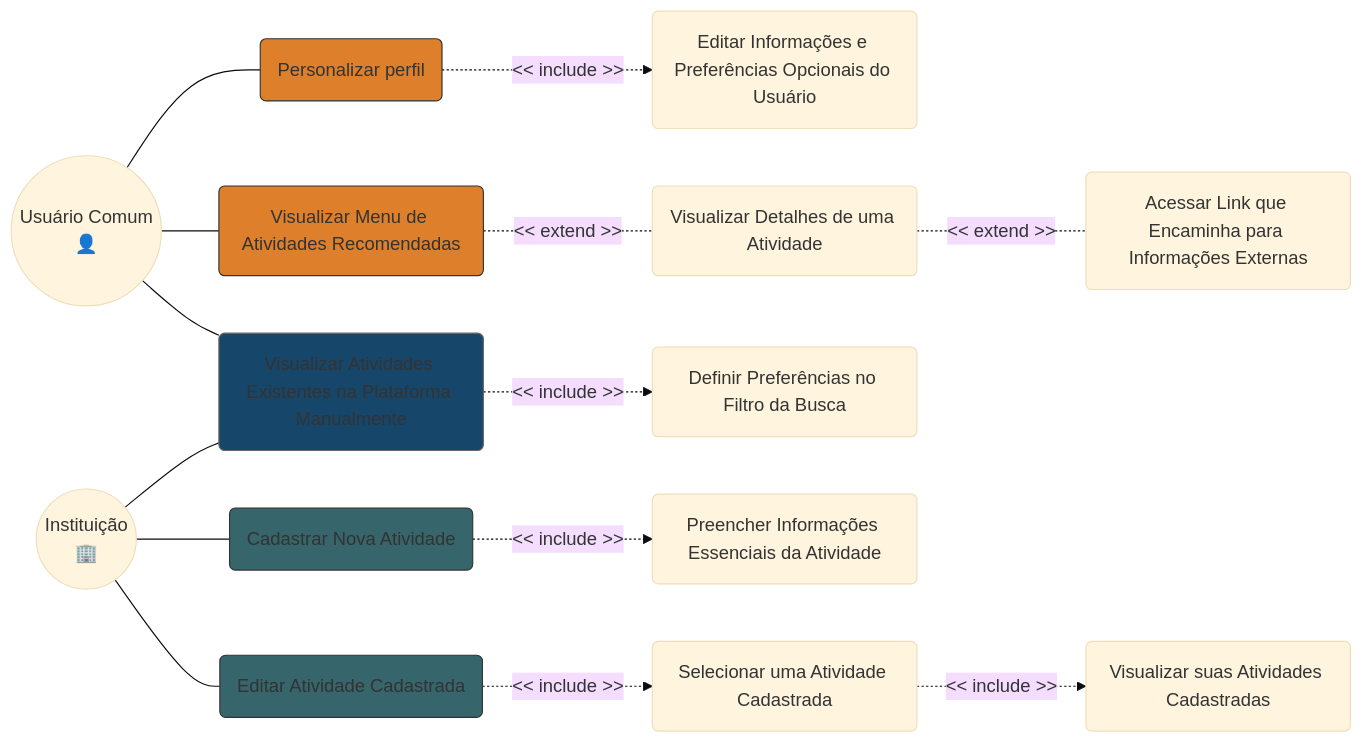
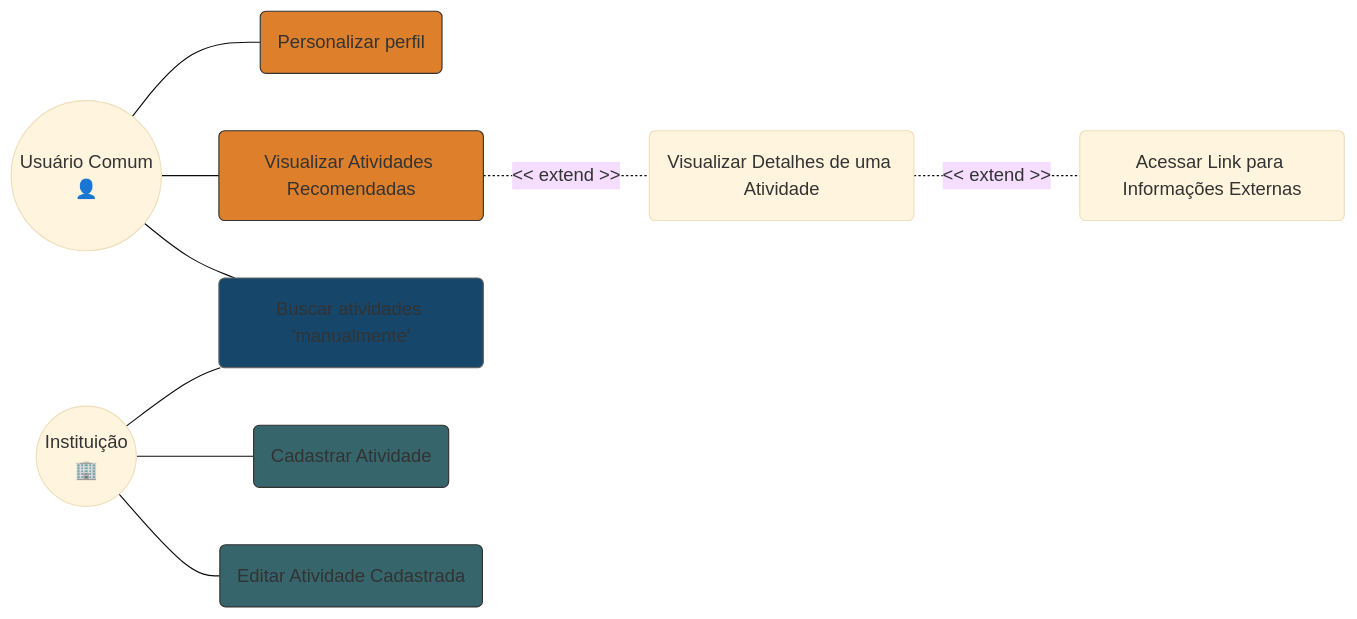
The diagram in Modelagem/Casos de uso.md (J-B-Works/Wisp), drawn with Mermaid (base theme) before and after one commit.

Commit message:
Refine Casos de uso.md

````diff
--- a/Modelagem/Casos de uso.md
+++ b/Modelagem/Casos de uso.md
@@ -3,48 +3,37 @@
 ```mermaid
 
 graph LR
     %% Atores
     User((Usuário Comum<br/>👤))
     Inst((Instituição<br/>🏢))
 
     %% =-=-=-=-=-=-= Casos de Uso =-=-=-=-=-=-=
     UC_PP(Personalizar perfil)
-    UC_VMDAR(Visualizar Menu de Atividades Recomendadas)
+    UC_VAR(Visualizar Atividades Recomendadas)
     UC_VDDUA(Visualizar Detalhes de uma Atividade)
-    UC_VAENPM(Visualizar Atividades Existentes na Plataforma Manualmente)
-    UC_DPNFDB(Definir Preferências no Filtro da Busca)
-    UC_CNA(Cadastrar Nova Atividade)
-    UC_EAC(Editar Atividade Cadastrada)
-    UC_SUAC(Selecionar uma Atividade Cadastrada)
-    UC_VSAC(Visualizar suas Atividades Cadastradas)
-    UC_PIEDA(Preencher Informações Essenciais da Atividade)
-    UC_EIEPODU(Editar Informações e Preferências Opcionais do Usuário)
-    UC_ALQEPIE(Acessar Link que Encaminha para Informações Externas)
+    UC_VAENPM(Buscar atividades 'manualmente')
+    UC_CNA(Cadastrar Atividade)
+    UC_EAC(Editar Atividade Cadastrada)   
+    UC_ALQEPIE(Acessar Link para Informações Externas)
 
     %% =-=-=-=-=-=-= Relacionamentos =-=-=-=-=-=-=
     User --- UC_PP
-    User --- UC_VMDAR
+    User --- UC_VAR
     User --- UC_VAENPM
 
     Inst --- UC_VAENPM
     Inst --- UC_CNA
     Inst --- UC_EAC
 
-    %% Includes
-    UC_VAENPM -.->|<< include >>| UC_DPNFDB
-    UC_EAC -.->|<< include >>| UC_SUAC
-    UC_SUAC -.->|<< include >>| UC_VSAC
-    UC_CNA -.->| << include >>| UC_PIEDA
-    UC_PP -.->|<< include >>| UC_EIEPODU
-
+   
     %% Extends
-    UC_VMDAR -.-|<< extend >>| UC_VDDUA
+    UC_VAR -.-|<< extend >>| UC_VDDUA
     UC_VDDUA -.-|<< extend >>| UC_ALQEPIE
 
     %% Estilização
     style UC_PP fill:#DE802B,stroke:#333
-    style UC_VMDAR fill:#DE802B,stroke:#333
+    style UC_VAR fill:#DE802B,stroke:#333
     style UC_CNA fill:#36656B,stroke:#333
     style UC_EAC fill:#36656B,stroke:#333
     style UC_VAENPM fill:#16476A,stroke:#666
 ```
````
